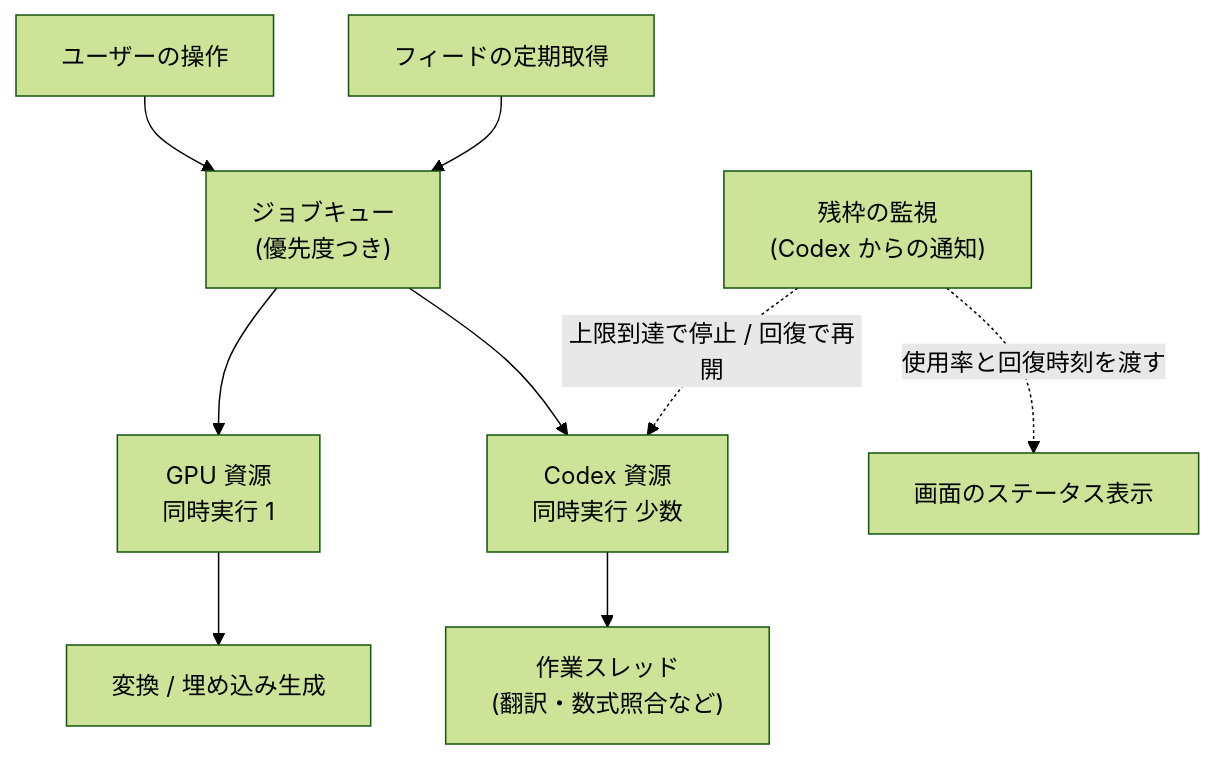
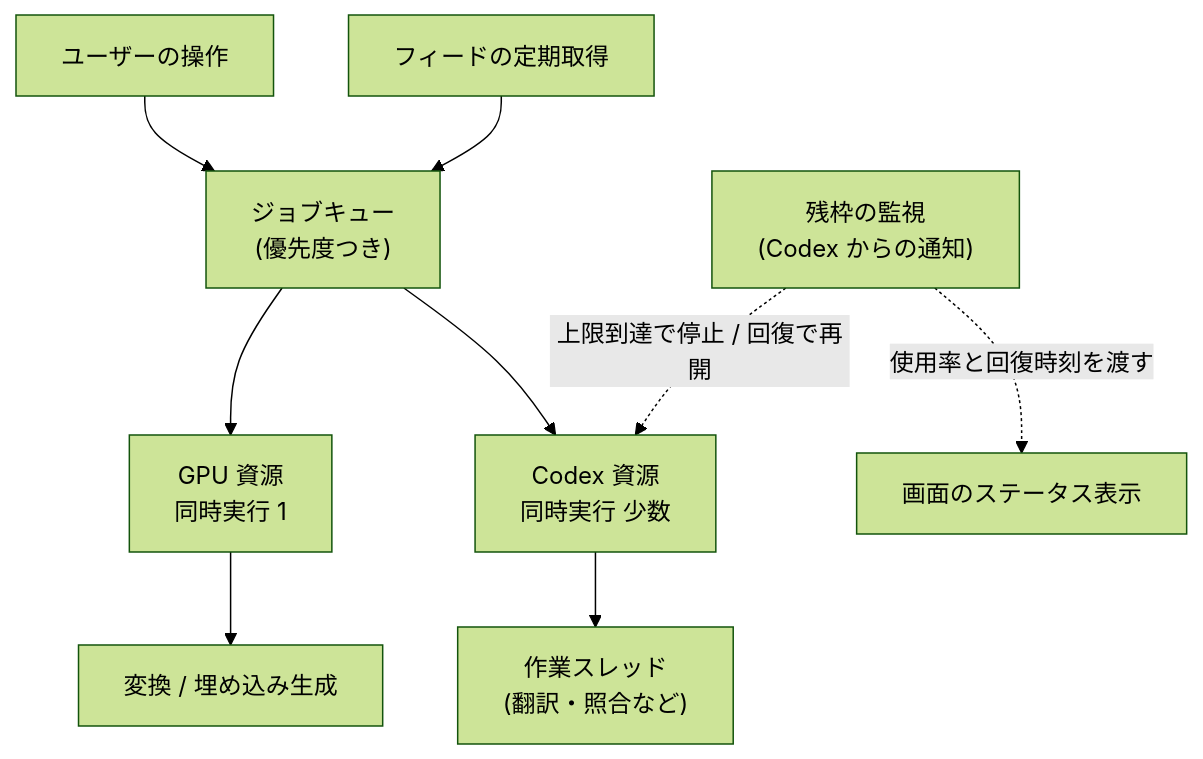
The diagram in docs/design/0003_codex_integration.md (MatchaChoco010/carrel), drawn with Mermaid (forest theme) before and after one commit. The commit also changed other lines of this file and 4 other files, not shown here.

````diff
--- a/docs/design/0003_codex_integration.md
+++ b/docs/design/0003_codex_integration.md
@@ -70,15 +70,15 @@
 ```mermaid
 flowchart TD
   U["ユーザーの操作"] --> Q
   F["フィードの定期取得"] --> Q
   Q["ジョブキュー<br/>(優先度つき)"]
 
   Q --> RG["GPU 資源<br/>同時実行 1"]
   Q --> RC["Codex 資源<br/>同時実行 少数"]
 
   RG --> W1["変換 / 埋め込み生成"]
-  RC --> W2["作業スレッド<br/>(翻訳・数式照合など)"]
+  RC --> W2["作業スレッド<br/>(翻訳・照合など)"]
 
   L["残枠の監視<br/>(Codex からの通知)"] -.->|"上限到達で停止 / 回復で再開"| RC
   L -.->|"使用率と回復時刻を渡す"| V["画面のステータス表示"]
 ```
````
